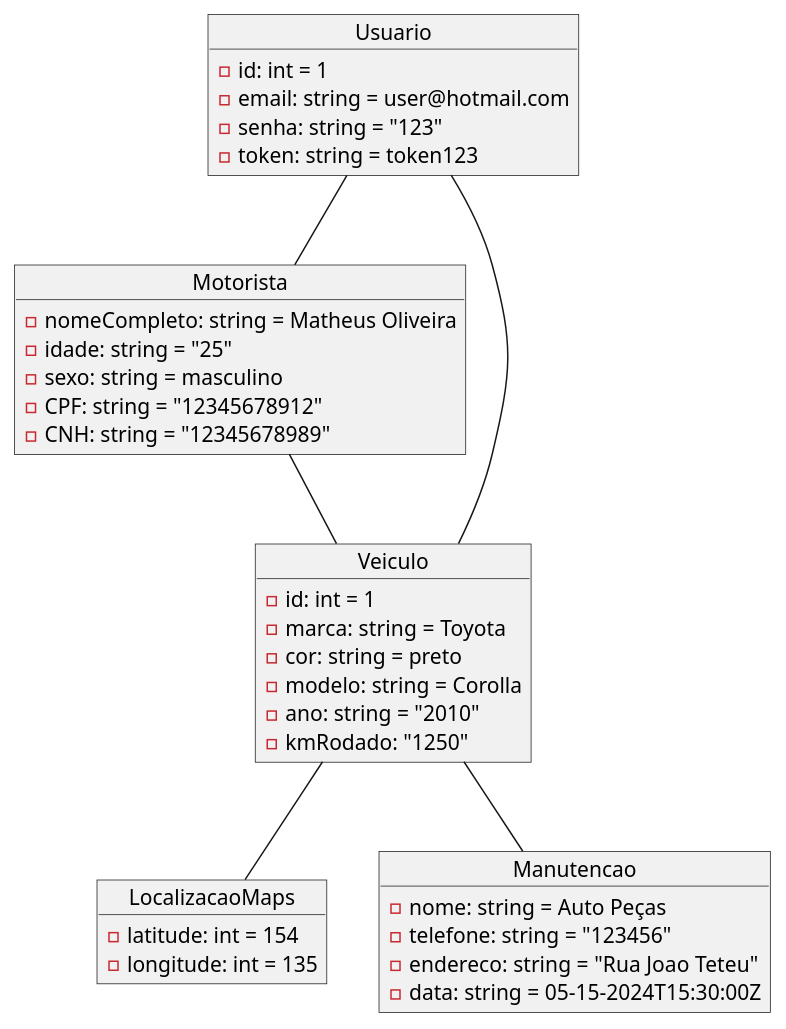
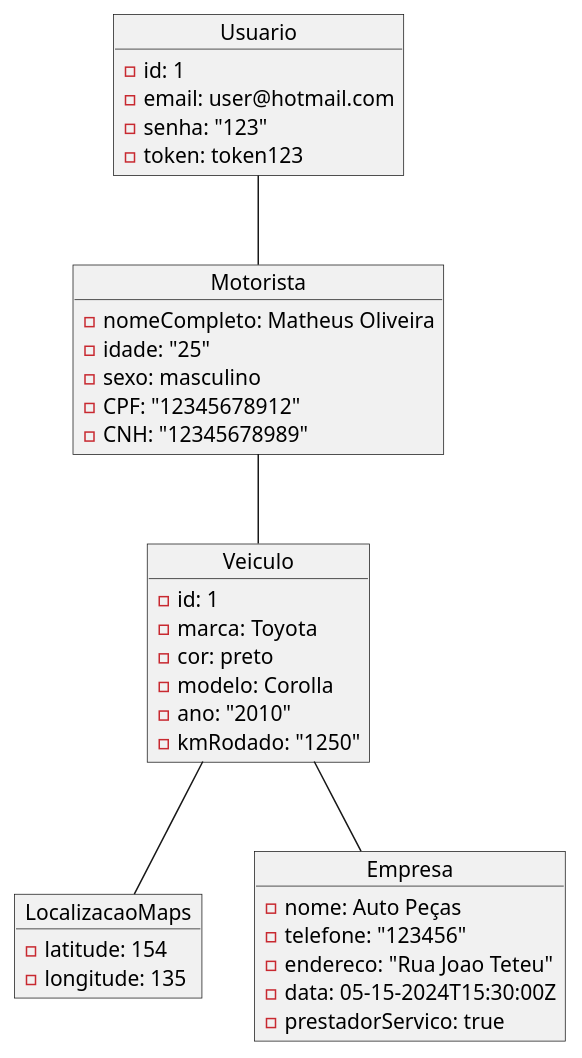
Before and after one commit to RafaelRF99/documentacao-devsfreela: the diagram in scriptsDiagrams/objeto.wsd, drawn with PlantUML. The commit also changed 14 other files, not shown here.

Commit message:
update: atualização diagrama/documentação

```diff
--- a/scriptsDiagrams/objeto.wsd
+++ b/scriptsDiagrams/objeto.wsd
@@ -1,43 +1,43 @@
 @startuml
 object Usuario {
-    - id: int = 1
-    - email: string = user@hotmail.com
-    - senha: string = "123"
-    - token: string = token123
+    - id: 1
+    - email: user@hotmail.com
+    - senha: "123"
+    - token: token123
 }
 
 object Motorista {
-    - nomeCompleto: string = Matheus Oliveira
-    - idade: string = "25"
-    - sexo: string = masculino
-    - CPF: string = "12345678912"
-    - CNH: string = "12345678989"
+    - nomeCompleto: Matheus Oliveira
+    - idade: "25"
+    - sexo: masculino
+    - CPF: "12345678912"
+    - CNH: "12345678989"
 }
 
 object Veiculo {
-    - id: int = 1
-    - marca: string = Toyota
-    - cor: string = preto
-    - modelo: string = Corolla
-    - ano: string = "2010"
+    - id: 1
+    - marca: Toyota
+    - cor: preto
+    - modelo: Corolla
+    - ano: "2010"
     - kmRodado: "1250"
 }
 
 object LocalizacaoMaps {
-    - latitude: int = 154
-    - longitude: int = 135
+    - latitude: 154
+    - longitude: 135
 }
 
-object Manutencao {
-    - nome: string = Auto Peças
-    - telefone: string = "123456"
-    - endereco: string = "Rua Joao Teteu"
-    - data: string = 05-15-2024T15:30:00Z
+object Empresa {
+    - nome: Auto Peças
+    - telefone: "123456"
+    - endereco: "Rua Joao Teteu"
+    - data: 05-15-2024T15:30:00Z
+    - prestadorServico: true
 }
 
-Usuario -- Veiculo
 Usuario -- Motorista
 Motorista -- Veiculo
 Veiculo -- LocalizacaoMaps
-Veiculo -- Manutencao
+Veiculo -- Empresa
 @enduml
```
